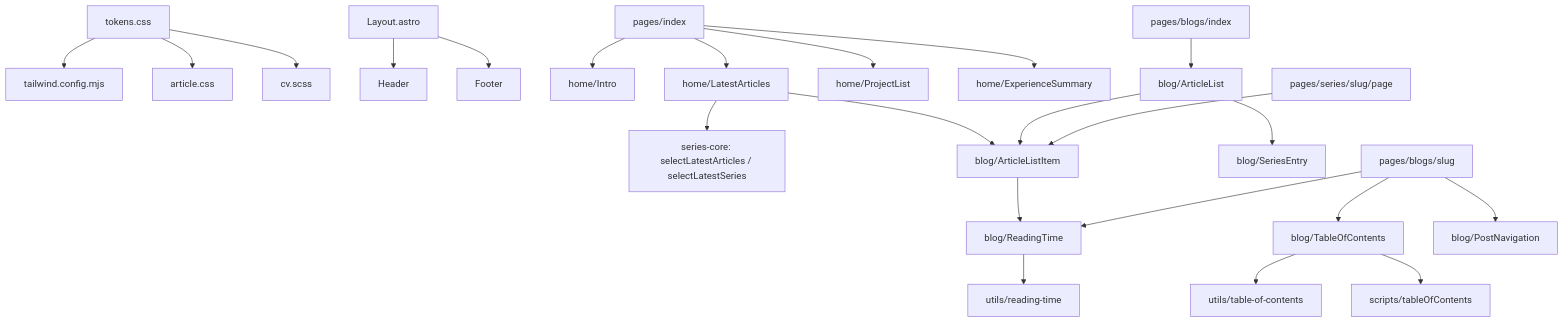
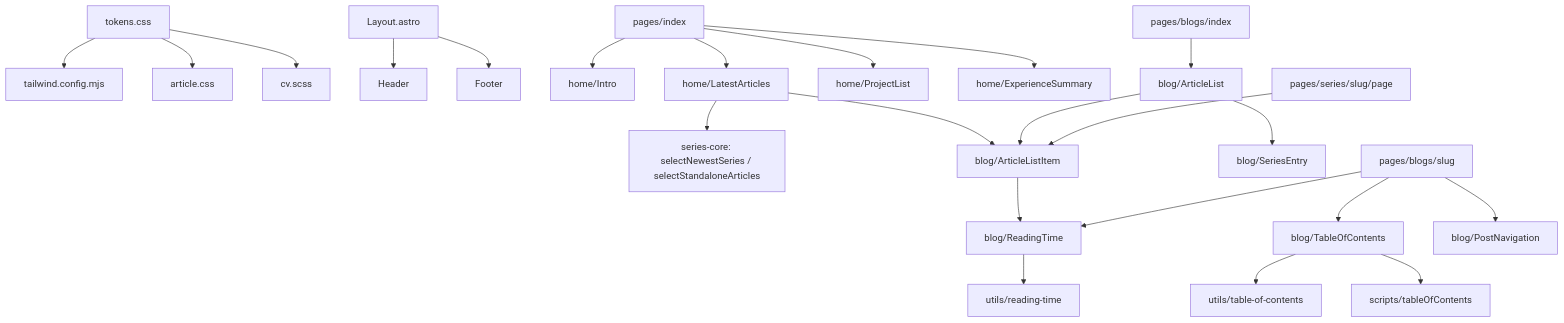
One commit to CodeMachine0121/CodeMachine0121.github.io changed the diagram in .sdd/2026-10-04-blog-ui-redesign/ARCH.md. Above: the diagram before and after it, drawn with Mermaid. The commit also changed other lines of this file and 2 other files, not shown here.

First line of the commit message:
docs: show the newest series and standalone articles on the home page

````diff
--- a/.sdd/2026-10-04-blog-ui-redesign/ARCH.md
+++ b/.sdd/2026-10-04-blog-ui-redesign/ARCH.md
@@ -85,22 +85,22 @@
 ```mermaid
 flowchart TD
   tokens["tokens.css"] --> tailwind["tailwind.config.mjs"]
   tokens --> articleCss["article.css"]
   tokens --> cvScss["cv.scss"]
   layout["Layout.astro"] --> header["Header"]
   layout --> footer["Footer"]
   home["pages/index"] --> intro["home/Intro"]
   home --> latest["home/LatestArticles"]
   home --> projects["home/ProjectList"]
   home --> experience["home/ExperienceSummary"]
-  latest --> core["series-core: selectLatestArticles / selectLatestSeries"]
+  latest --> core["series-core: selectNewestSeries / selectStandaloneArticles"]
   latest --> item["blog/ArticleListItem"]
   blogIndex["pages/blogs/index"] --> list["blog/ArticleList"] --> item
   list --> entry["blog/SeriesEntry"]
   seriesPage["pages/series/slug/page"] --> item
   item --> readingTime["blog/ReadingTime"] --> estimate["utils/reading-time"]
   articlePage["pages/blogs/slug"] --> readingTime
   articlePage --> toc["blog/TableOfContents"] --> build["utils/table-of-contents"]
   toc --> spy["scripts/tableOfContents"]
   articlePage --> nav["blog/PostNavigation"]
 ```
````
